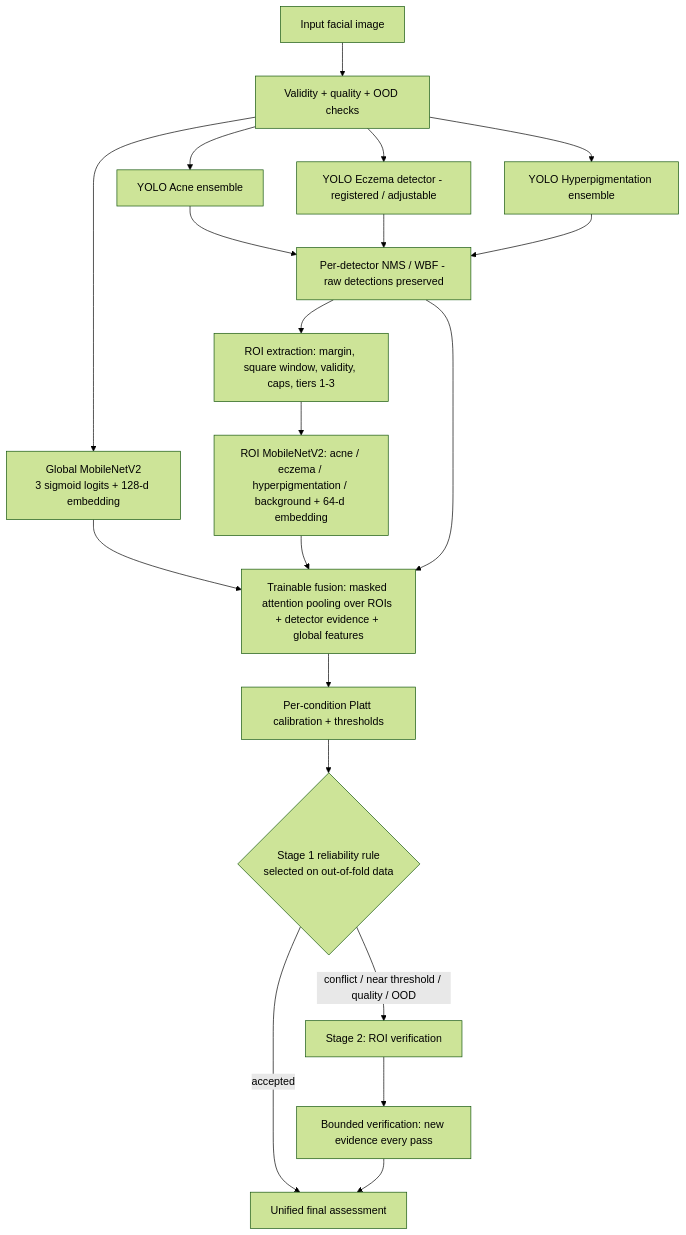
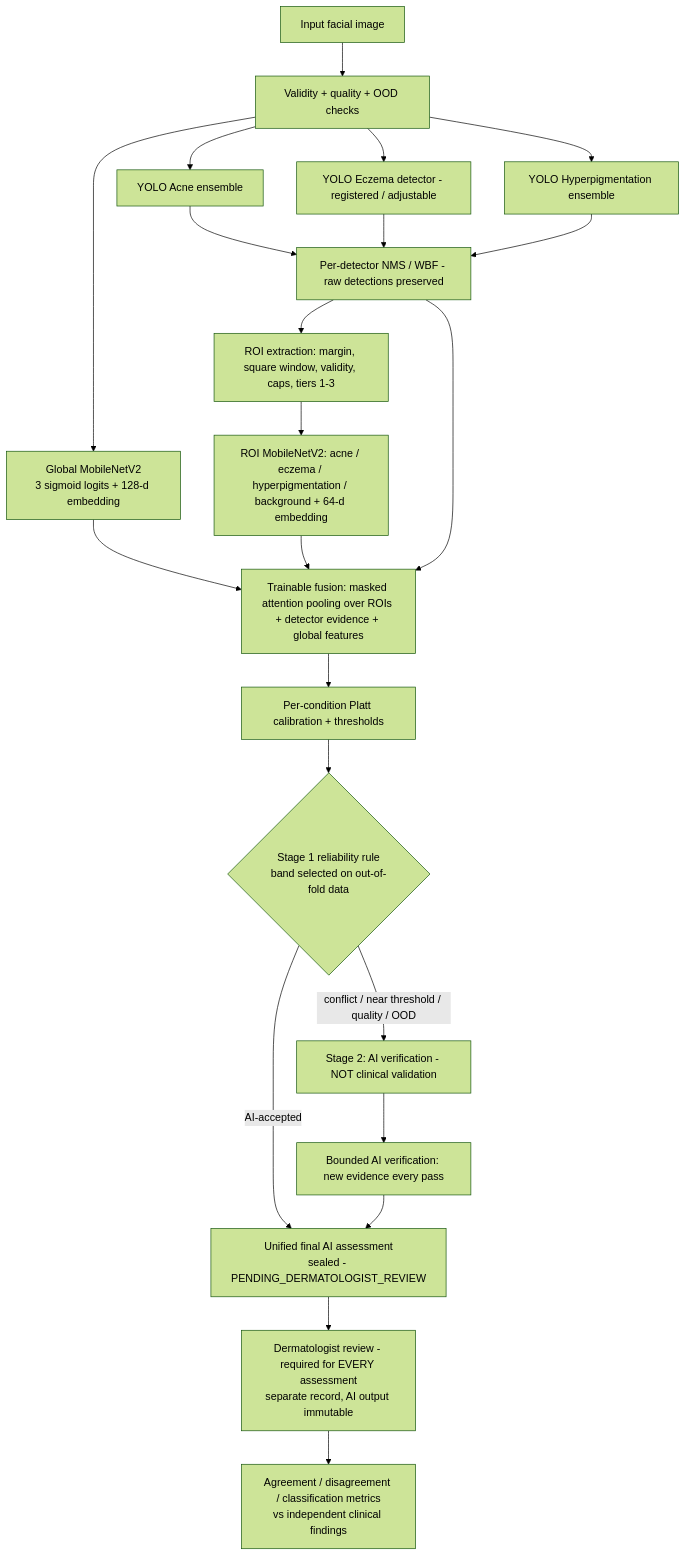
One commit to AndyVal0611/SkinDevApp changed the diagram in v6/docs/ARCHITECTURE.md. Above: the diagram before and after it, drawn with Mermaid (forest theme). The commit also changed other lines of this file and 19 other files, not shown here.

````diff
--- a/v6/docs/ARCHITECTURE.md
+++ b/v6/docs/ARCHITECTURE.md
@@ -3,22 +3,24 @@
 ```mermaid
 flowchart TD
   IMG[Input facial image] --> QC[Validity + quality + OOD checks]
   QC --> G[Global MobileNetV2<br/>3 sigmoid logits + 128-d embedding]
   QC --> Y1[YOLO Acne ensemble]
   QC --> Y2[YOLO Eczema detector - registered / adjustable]
   QC --> Y3[YOLO Hyperpigmentation ensemble]
   Y1 --> P[Per-detector NMS / WBF - raw detections preserved]
   Y2 --> P
   Y3 --> P
   P --> R[ROI extraction: margin, square window, validity, caps, tiers 1-3]
   R --> RC[ROI MobileNetV2: acne / eczema / hyperpigmentation / background + 64-d embedding]
   G --> F[Trainable fusion: masked attention pooling over ROIs + detector evidence + global features]
   RC --> F
   P --> F
   F --> CAL[Per-condition Platt calibration + thresholds]
-  CAL --> S1{Stage 1 reliability rule<br/>selected on out-of-fold data}
-  S1 -- accepted --> OUT[Unified final assessment]
-  S1 -- conflict / near threshold / quality / OOD --> S2[Stage 2: ROI verification]
-  S2 --> V[Bounded verification: new evidence every pass]
+  CAL --> S1{Stage 1 reliability rule<br/>band selected on out-of-fold data}
+  S1 -- AI-accepted --> OUT[Unified final AI assessment<br/>sealed - PENDING_DERMATOLOGIST_REVIEW]
+  S1 -- conflict / near threshold / quality / OOD --> S2[Stage 2: AI verification - NOT clinical validation]
+  S2 --> V[Bounded AI verification: new evidence every pass]
   V --> OUT
+  OUT --> DR[Dermatologist review - required for EVERY assessment<br/>separate record, AI output immutable]
+  DR --> AG[Agreement / disagreement / classification metrics<br/>vs independent clinical findings]
 ```
````
